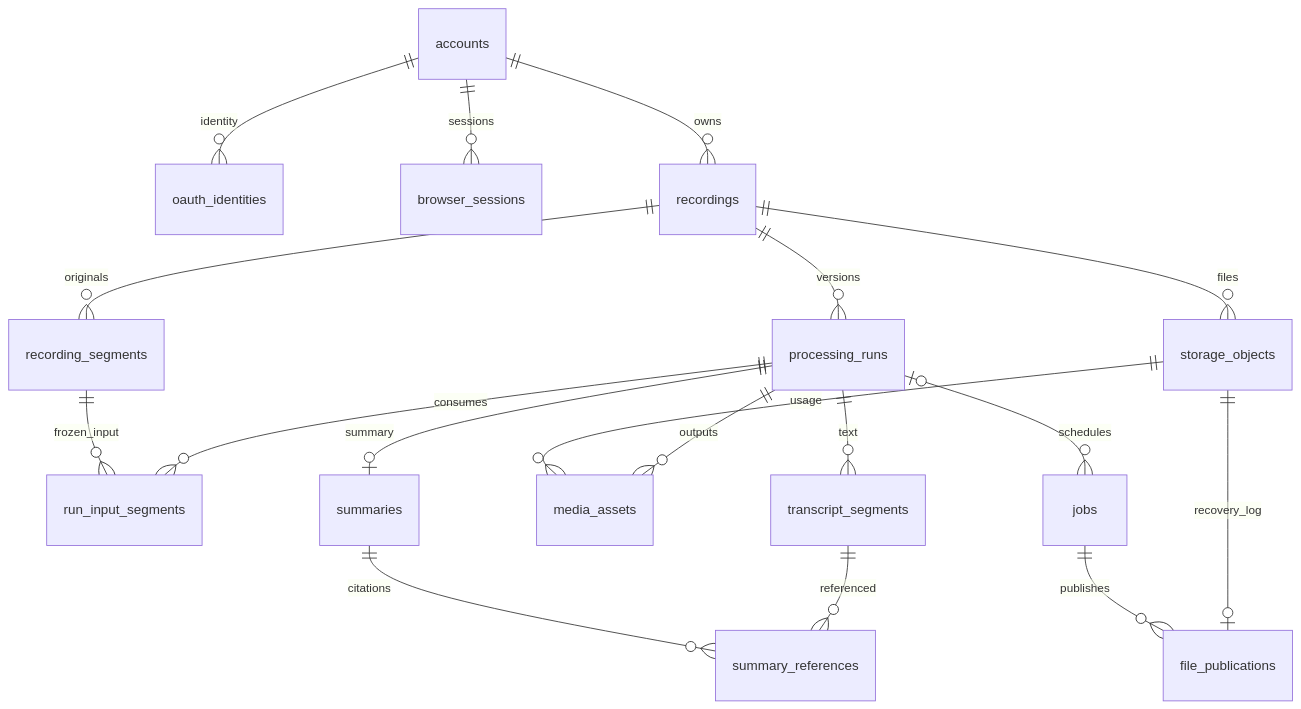
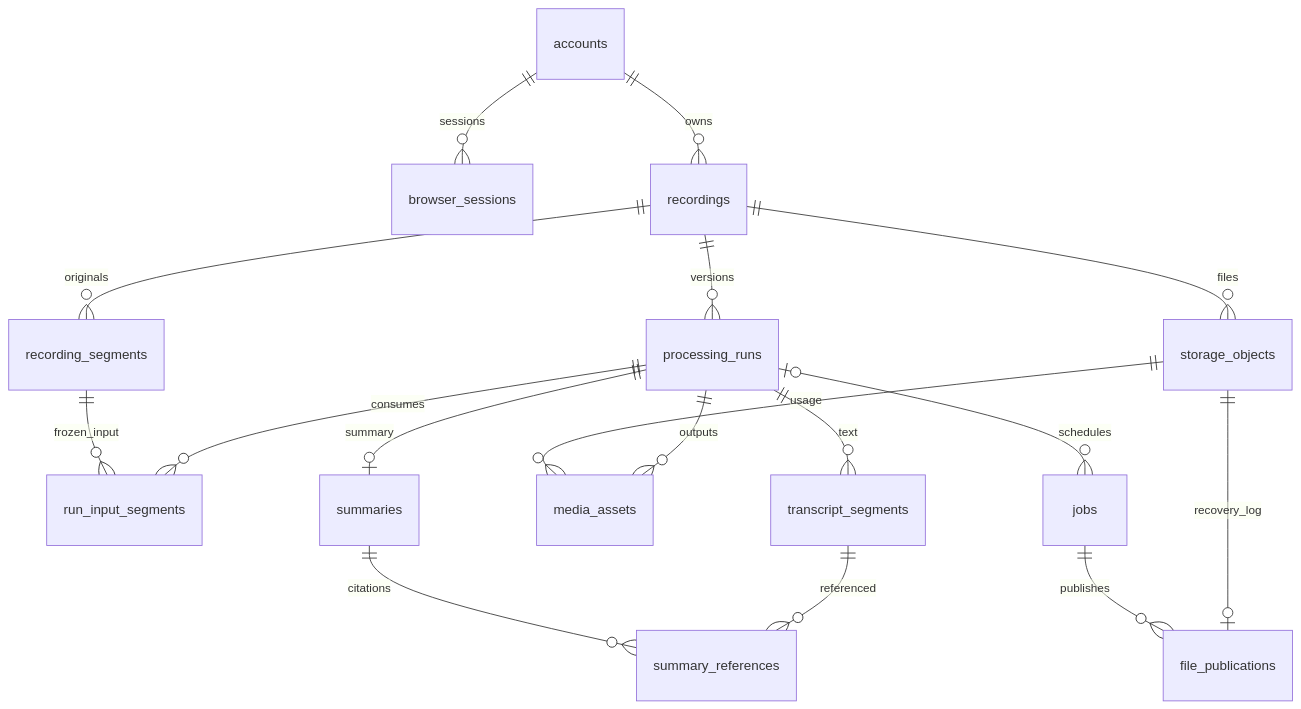
Before and after one commit to boboliu-1010/speaker: the diagram in docs/assets/diagrams/10-core-data-model.mmd, drawn with Mermaid. The commit also changed 15 other files, not shown here.

```diff
--- a/docs/assets/diagrams/10-core-data-model.mmd
+++ b/docs/assets/diagrams/10-core-data-model.mmd
@@ -1,18 +1,17 @@
 erDiagram
-    accounts ||--o{ oauth_identities : identity
     accounts ||--o{ browser_sessions : sessions
     accounts ||--o{ recordings : owns
     recordings ||--o{ recording_segments : originals
     recordings ||--o{ processing_runs : versions
     recording_segments ||--o{ run_input_segments : frozen_input
     processing_runs ||--o{ run_input_segments : consumes
     recordings ||--o{ storage_objects : files
     processing_runs |o--o{ jobs : schedules
     jobs ||--o{ file_publications : publishes
     storage_objects ||--o| file_publications : recovery_log
     storage_objects ||--o{ media_assets : usage
     processing_runs ||--o{ media_assets : outputs
     processing_runs ||--o{ transcript_segments : text
     processing_runs ||--o| summaries : summary
     summaries ||--o{ summary_references : citations
     transcript_segments ||--o{ summary_references : referenced
```
